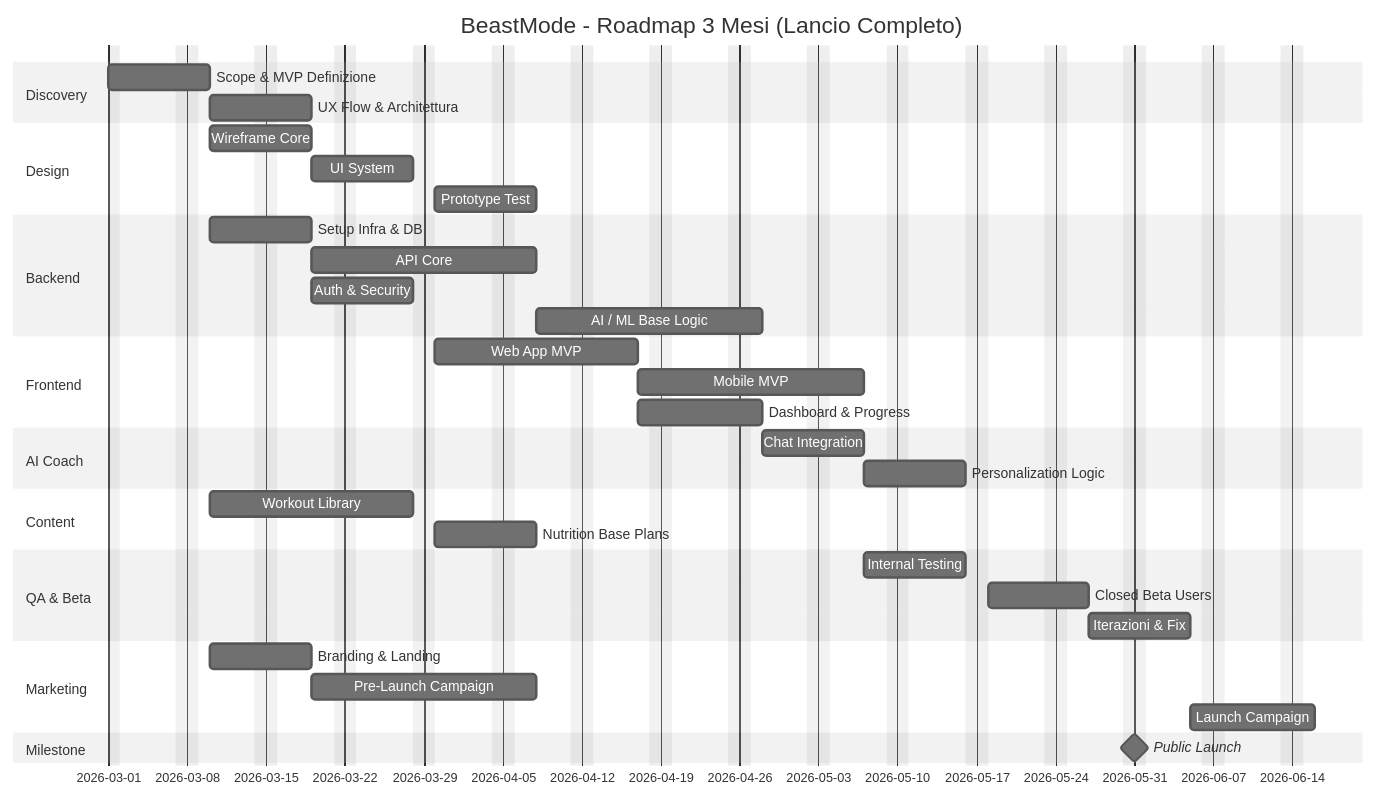
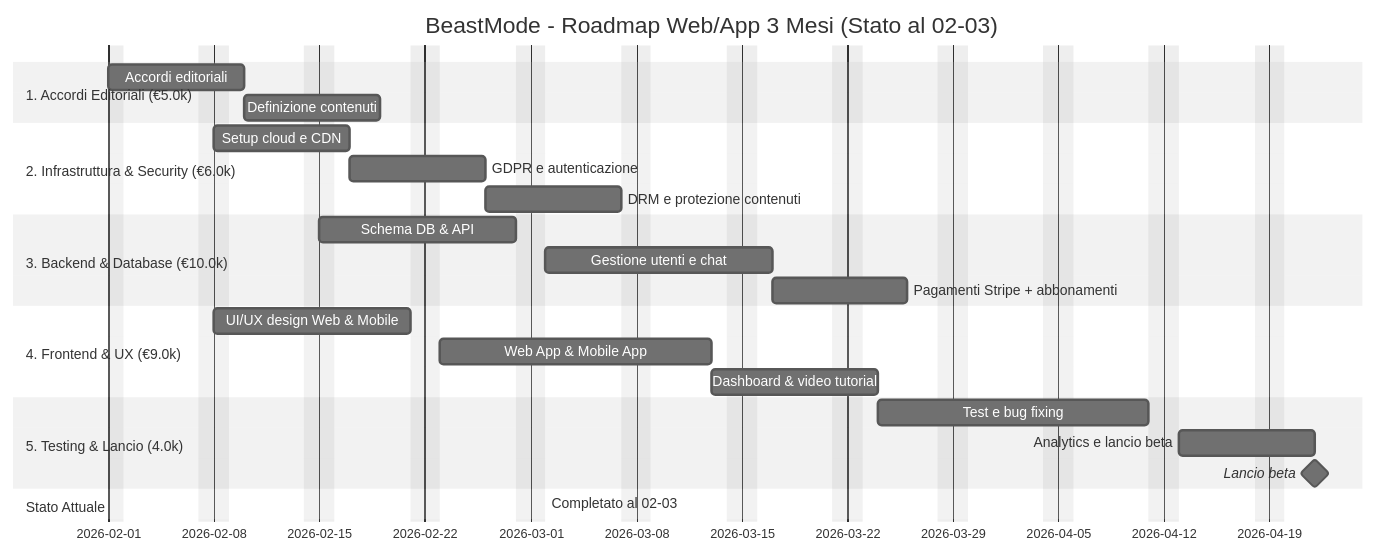
One commit to alxkndr/GEP changed the second of 2 diagrams in README.md. Above: the diagram before and after it, drawn with Mermaid (neutral theme).

````diff
--- a/README.md
+++ b/README.md
@@ -397,47 +397,41 @@
 ```mermaid
 gantt
-    title BeastMode - Roadmap 3 Mesi (Lancio Completo)
-    dateFormat  YYYY-MM-DD
+    title BeastMode - Roadmap Web/App 3 Mesi (Stato al 02-03)
+    dateFormat  MM-DD
     excludes    weekends
 
-    section Discovery
-    Scope & MVP Definizione     :a1, 2026-03-01, 1w
-    UX Flow & Architettura      :a2, after a1, 1w
+    %% ----------------------------
+    section 1. Accordi Editoriali (€5.0k)
+    Accordi editoriali            :ae1, 02-01, 1w
+    Definizione contenuti          :ae2, after ae1, 1w
 
-    section Design
-    Wireframe Core              :b1, after a1, 1w
-    UI System                   :b2, after b1, 1w
-    Prototype Test              :b3, after b2, 1w
+    %% ----------------------------
+    section 2. Infrastruttura & Security (€6.0k)
+    Setup cloud e CDN             :is1, 02-08, 1w
+    GDPR e autenticazione         :is2, after is1, 1w
+    DRM e protezione contenuti    :is3, after is2, 1w
 
-    section Backend
-    Setup Infra & DB            :c1, after a1, 1w
-    API Core                    :c2, after c1, 2w
-    Auth & Security             :c3, after c1, 1w
-    AI / ML Base Logic          :c4, after c2, 2w
+    %% ----------------------------
+    section 3. Backend & Database (€10.0k)
+    Schema DB & API               :bd1, 02-15, 1.5w
+    Gestione utenti e chat        :bd2, after bd1, 1.5w
+    Pagamenti Stripe + abbonamenti :bd3, after bd2, 1w
 
-    section Frontend
-    Web App MVP                 :d1, after b2, 2w
-    Mobile MVP                  :d2, after d1, 2w
-    Dashboard & Progress        :d3, after d1, 1w
+    %% ----------------------------
+    section 4. Frontend & UX (€9.0k)
+    UI/UX design Web & Mobile     :fe1, 02-08, 1.5w
+    Web App & Mobile App          :fe2, after fe1, 2w
+    Dashboard & video tutorial    :fe3, after fe2, 1w
 
-    section AI Coach
-    Chat Integration            :e1, after c4, 1w
-    Personalization Logic       :e2, after e1, 1w
+    %% ----------------------------
+    section 5. Testing & Lancio (4.0k)
+    Test e bug fixing             :tl1, after fe3, 2w
+    Analytics e lancio beta       :tl2, after tl1, 1w
 
-    section Content
-    Workout Library             :f1, after a1, 2w
-    Nutrition Base Plans        :f2, after f1, 1w
+    %% ----------------------------
+    Lancio beta                   :milestone, after tl2, 0d
 
-    section QA & Beta
-    Internal Testing            :g1, after d2, 1w
-    Closed Beta Users           :g2, after g1, 1w
-    Iterazioni & Fix            :g3, after g2, 1w
-
-    section Marketing
-    Branding & Landing          :h1, after a1, 1w
-    Pre-Launch Campaign         :h2, after h1, 2w
-    Launch Campaign             :h3, after g3, 1w
-
-    section Milestone
-    Public Launch               :milestone, m1, 2026-05-31, 0d
+    %% ----------------------------
+    section Stato Attuale
+    Completato al 02-03          :done, 03-02, 0d
 ```
````
